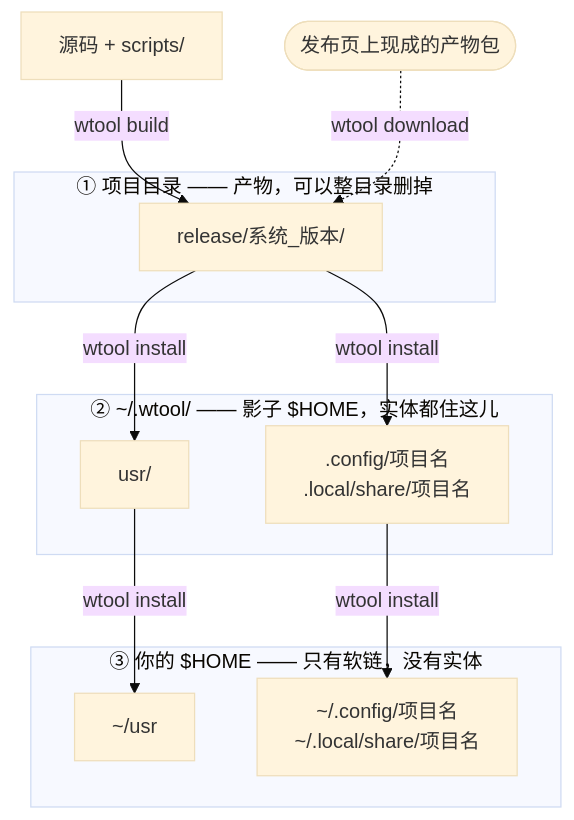
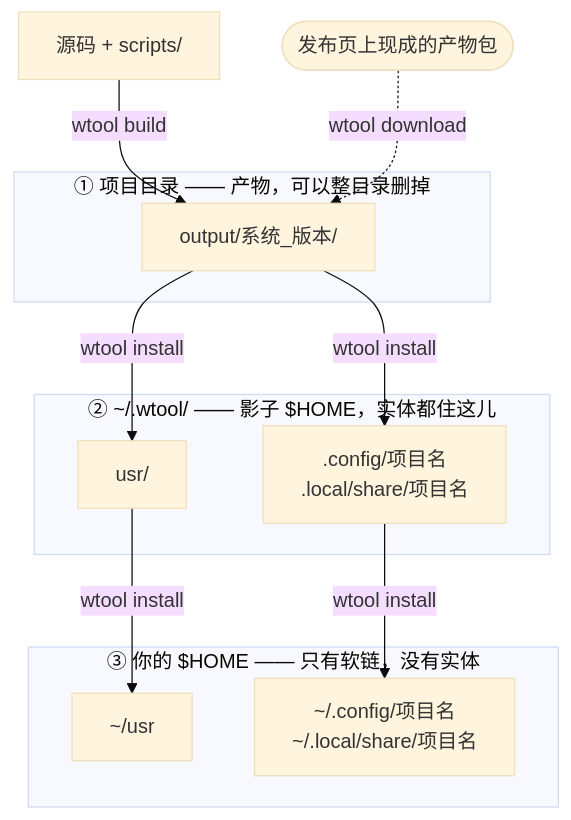
Before and after one commit to allinkernel/wtool: the diagram in .pic/layers.mmd, drawn with Mermaid (base theme). The commit also changed 5 other files, not shown here.

First line of the commit message:
目录改名：release/ → output/、publish/ → release/（用户文档）

```diff
--- a/.pic/layers.mmd
+++ b/.pic/layers.mmd
@@ -1,26 +1,26 @@
 %% 三层路径图 —— wtool-base/README.md §1.4 用
 %% 改完跑 .pic/render.sh 重新生成 layers.png
 flowchart TB
     SRC["源码 + scripts/"]
     GH(["发布页上现成的产物包"])
 
     subgraph L1["① 项目目录 —— 产物，可以整目录删掉"]
-        REL["release/系统_版本/"]
+        REL["output/系统_版本/"]
     end
 
     subgraph L2["② ~/.wtool/ —— 影子 $HOME，实体都住这儿"]
         WUSR["usr/"]
         WCFG[".config/项目名<br/>.local/share/项目名"]
     end
 
     subgraph L3["③ 你的 $HOME —— 只有软链，没有实体"]
         HUSR["~/usr"]
         HCFG["~/.config/项目名<br/>~/.local/share/项目名"]
     end
 
     SRC -->|wtool build| REL
     GH -.->|wtool download| REL
     REL -->|wtool install| WUSR
     REL -->|wtool install| WCFG
     WUSR -->|wtool install| HUSR
     WCFG -->|wtool install| HCFG
```
